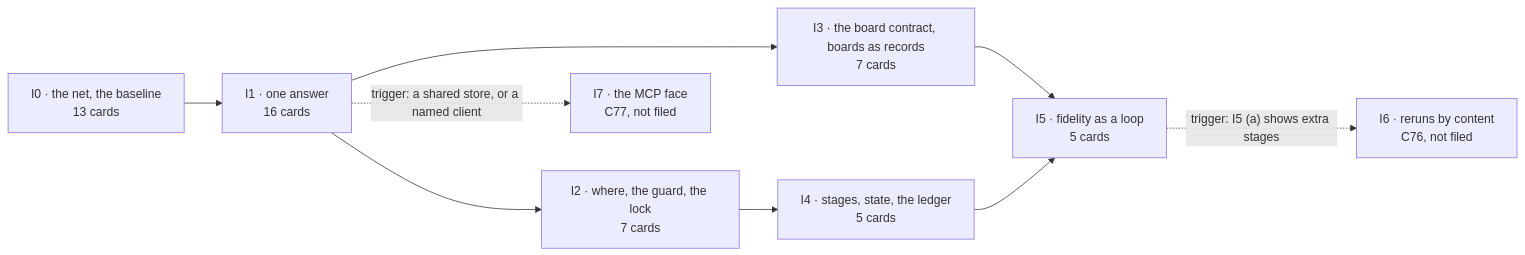
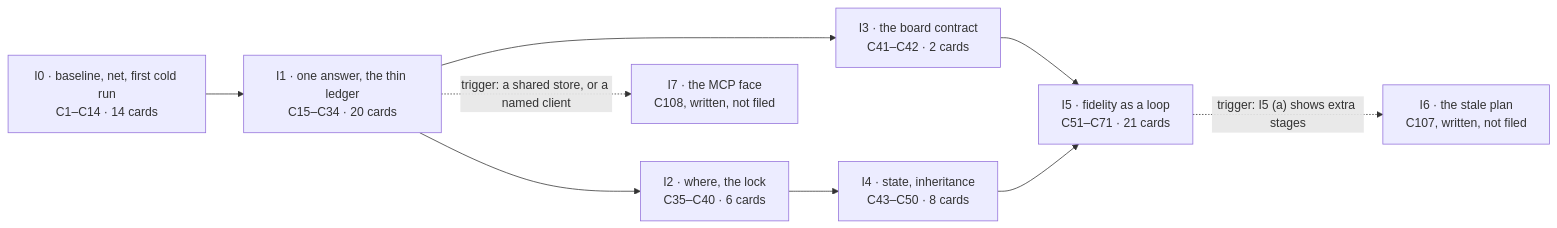
Before and after one commit to xmejkal/spark: the diagram in docs/2026-10-10-p158-plan.md, drawn with Mermaid. The commit also changed other lines of this file, not shown here.

Commit message:
Snapshot: P158 part 2 stopped after the plan's first fold — the design and plan as refuted once

````diff
--- a/docs/2026-10-10-p158-plan.md
+++ b/docs/2026-10-10-p158-plan.md
@@ -285,11 +201,11 @@
 ```mermaid
 flowchart LR
-    I0["I0 · the net, the baseline<br/>13 cards"] --> I1["I1 · one answer<br/>16 cards"]
-    I1 --> I2["I2 · where, the guard, the lock<br/>7 cards"]
-    I1 --> I3["I3 · the board contract, boards as records<br/>7 cards"]
-    I2 --> I4["I4 · stages, state, the ledger<br/>5 cards"]
+    I0["I0 · baseline, net, first cold run<br/>C1–C14 · 14 cards"] --> I1["I1 · one answer, the thin ledger<br/>C15–C34 · 20 cards"]
+    I1 --> I2["I2 · where, the lock<br/>C35–C40 · 6 cards"]
+    I1 --> I3["I3 · the board contract<br/>C41–C42 · 2 cards"]
+    I2 --> I4["I4 · state, inheritance<br/>C43–C50 · 8 cards"]
     I3 --> I5
-    I4 --> I5["I5 · fidelity as a loop<br/>5 cards"]
-    I5 -.->|"trigger: I5 (a) shows extra stages"| I6["I6 · reruns by content<br/>C76, not filed"]
-    I1 -.->|"trigger: a shared store, or a named client"| I7["I7 · the MCP face<br/>C77, not filed"]
+    I4 --> I5["I5 · fidelity as a loop<br/>C51–C71 · 21 cards"]
+    I5 -.->|"trigger: I5 (a) shows extra stages"| I6["I6 · the stale plan<br/>C107, written, not filed"]
+    I1 -.->|"trigger: a shared store, or a named client"| I7["I7 · the MCP face<br/>C108, written, not filed"]
 ```
````
